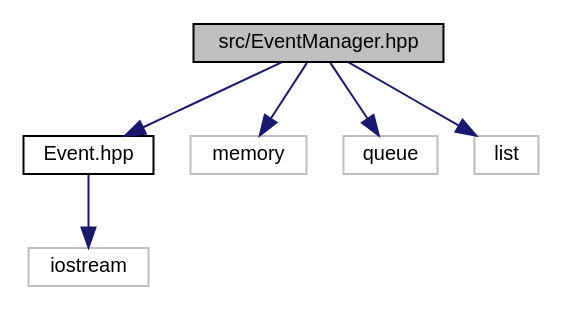
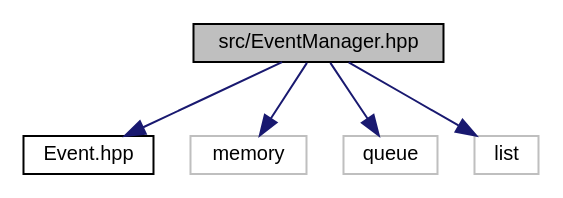
The diagram in _event_manager_8hpp__incl.dot (Wisteca/FilRougeDoc), drawn with Graphviz before and after one commit. The commit also changed 121 other files, not shown here.

```diff
--- a/_event_manager_8hpp__incl.dot
+++ b/_event_manager_8hpp__incl.dot
@@ -1,17 +1,15 @@
 digraph "src/EventManager.hpp"
 {
  // LATEX_PDF_SIZE
   edge [fontname="Helvetica",fontsize="10",labelfontname="Helvetica",labelfontsize="10"];
   node [fontname="Helvetica",fontsize="10",shape=record];
-  Node1 [label="src/EventManager.hpp",height=0.2,width=0.4,color="black", fillcolor="grey75", style="filled", fontcolor="black",tooltip="Singleton that manages events."];
+  Node1 [label="src/EventManager.hpp",height=0.2,width=0.4,color="black", fillcolor="grey75", style="filled", fontcolor="black",tooltip="Singleton that manages events processing."];
   Node1 -> Node2 [color="midnightblue",fontsize="10",style="solid",fontname="Helvetica"];
   Node2 [label="Event.hpp",height=0.2,width=0.4,color="black", fillcolor="white", style="filled",URL="$_event_8hpp.html",tooltip="File that contains Event and EventType declarations."];
-  Node2 -> Node3 [color="midnightblue",fontsize="10",style="solid",fontname="Helvetica"];
-  Node3 [label="iostream",height=0.2,width=0.4,color="grey75", fillcolor="white", style="filled",tooltip=" "];
+  Node1 -> Node3 [color="midnightblue",fontsize="10",style="solid",fontname="Helvetica"];
+  Node3 [label="memory",height=0.2,width=0.4,color="grey75", fillcolor="white", style="filled",tooltip=" "];
   Node1 -> Node4 [color="midnightblue",fontsize="10",style="solid",fontname="Helvetica"];
-  Node4 [label="memory",height=0.2,width=0.4,color="grey75", fillcolor="white", style="filled",tooltip=" "];
+  Node4 [label="queue",height=0.2,width=0.4,color="grey75", fillcolor="white", style="filled",tooltip=" "];
   Node1 -> Node5 [color="midnightblue",fontsize="10",style="solid",fontname="Helvetica"];
-  Node5 [label="queue",height=0.2,width=0.4,color="grey75", fillcolor="white", style="filled",tooltip=" "];
-  Node1 -> Node6 [color="midnightblue",fontsize="10",style="solid",fontname="Helvetica"];
-  Node6 [label="list",height=0.2,width=0.4,color="grey75", fillcolor="white", style="filled",tooltip=" "];
+  Node5 [label="list",height=0.2,width=0.4,color="grey75", fillcolor="white", style="filled",tooltip=" "];
 }
```
